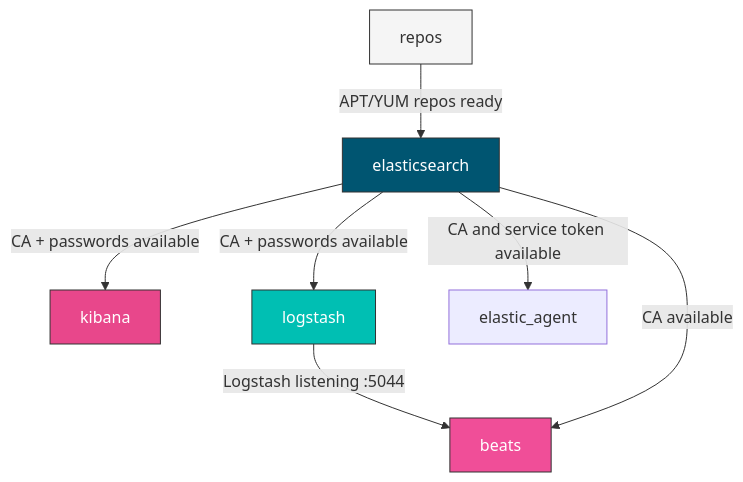
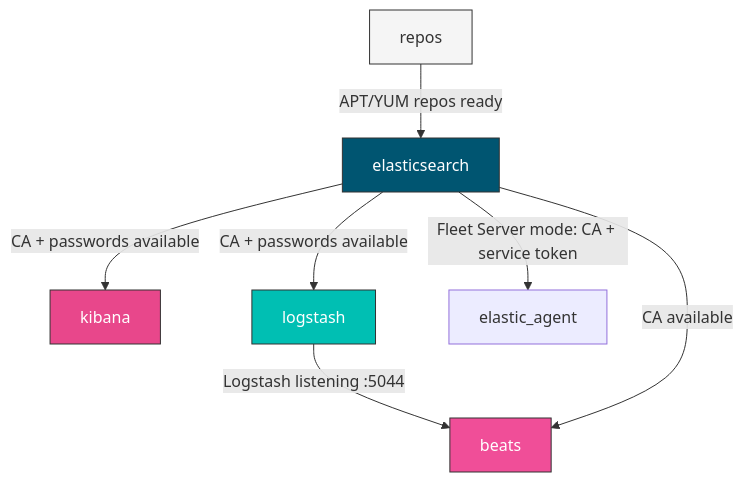
Before and after one commit to Oddly/elasticstack: the second of 5 diagrams in docs/guide/architecture.md, drawn with Mermaid. The commit also changed 6 other files, not shown here.

Commit message:
fix(agent): reconcile fleet enrollment state safely

````diff
--- a/docs/guide/architecture.md
+++ b/docs/guide/architecture.md
@@ -61,15 +61,15 @@
 ```mermaid
 graph TD
     R[repos] -->|"APT/YUM repos ready"| E[elasticsearch]
     E -->|"CA + passwords available"| K[kibana]
     E -->|"CA + passwords available"| L[logstash]
     L -->|"Logstash listening :5044"| B[beats]
     E -->|"CA available"| B
-    E -->|"CA and service token available"| A[elastic_agent]
+    E -->|"Fleet Server mode: CA + service token"| A[elastic_agent]
 
     style R fill:#f5f5f5,stroke:#333
     style E fill:#005571,stroke:#333,color:#fff
     style K fill:#e8478b,stroke:#333,color:#fff
     style L fill:#00bfb3,stroke:#333,color:#fff
     style B fill:#f04e98,stroke:#333,color:#fff
 ```
````
